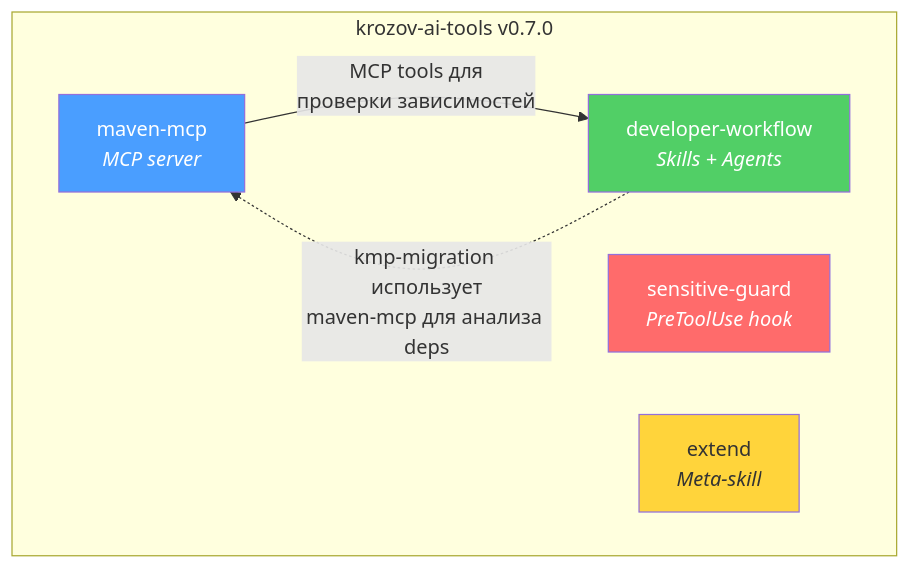
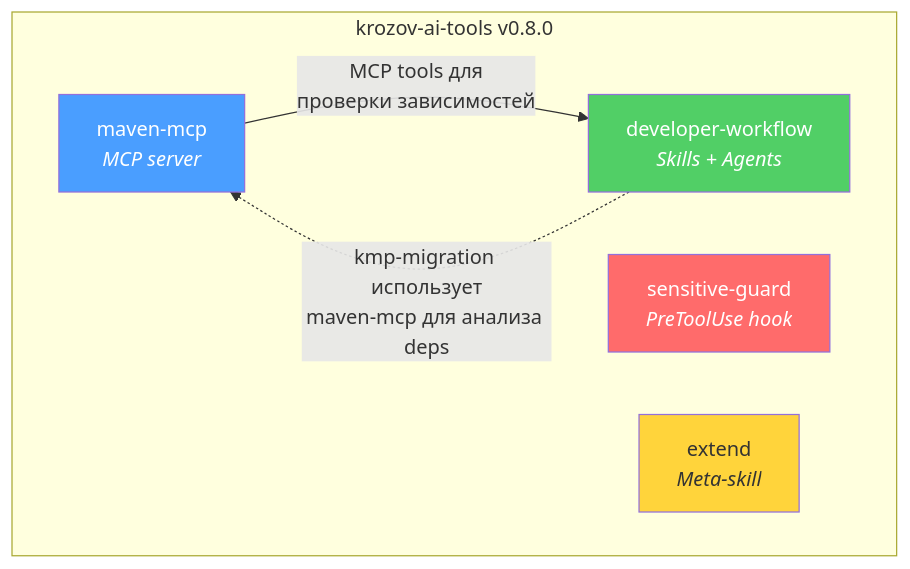
One commit to kirich1409/maven-central-mcp changed the first of 7 diagrams in docs/PLUGINS-GUIDE.md. Above: the diagram before and after it, drawn with Mermaid. The commit also changed other lines of this file and 1 other file, not shown here.

Commit message:
Fix docs/specs gitignore and bump guide version to 0.8.0
Remove docs/specs/ from .gitignore — specs are version-controlled permanent
artifacts per skill documentation. Update PLUGINS-GUIDE.md version from
0.7.0 to 0.8.0 to match marketplace.json.

````diff
--- a/docs/PLUGINS-GUIDE.md
+++ b/docs/PLUGINS-GUIDE.md
@@ -24,17 +24,17 @@
 ```mermaid
 graph TB
-    subgraph repo["krozov-ai-tools v0.7.0"]
+    subgraph repo["krozov-ai-tools v0.8.0"]
         maven["maven-mcp<br/><i>MCP server</i>"]
         guard["sensitive-guard<br/><i>PreToolUse hook</i>"]
         workflow["developer-workflow<br/><i>Skills + Agents</i>"]
         ext["extend<br/><i>Meta-skill</i>"]
     end
 
     maven -->|"MCP tools для<br/>проверки зависимостей"| workflow
     workflow -.->|"kmp-migration использует<br/>maven-mcp для анализа deps"| maven
 
     style maven fill:#4a9eff,color:#fff
     style guard fill:#ff6b6b,color:#fff
     style workflow fill:#51cf66,color:#fff
     style ext fill:#ffd43b,color:#333
 ```
````
